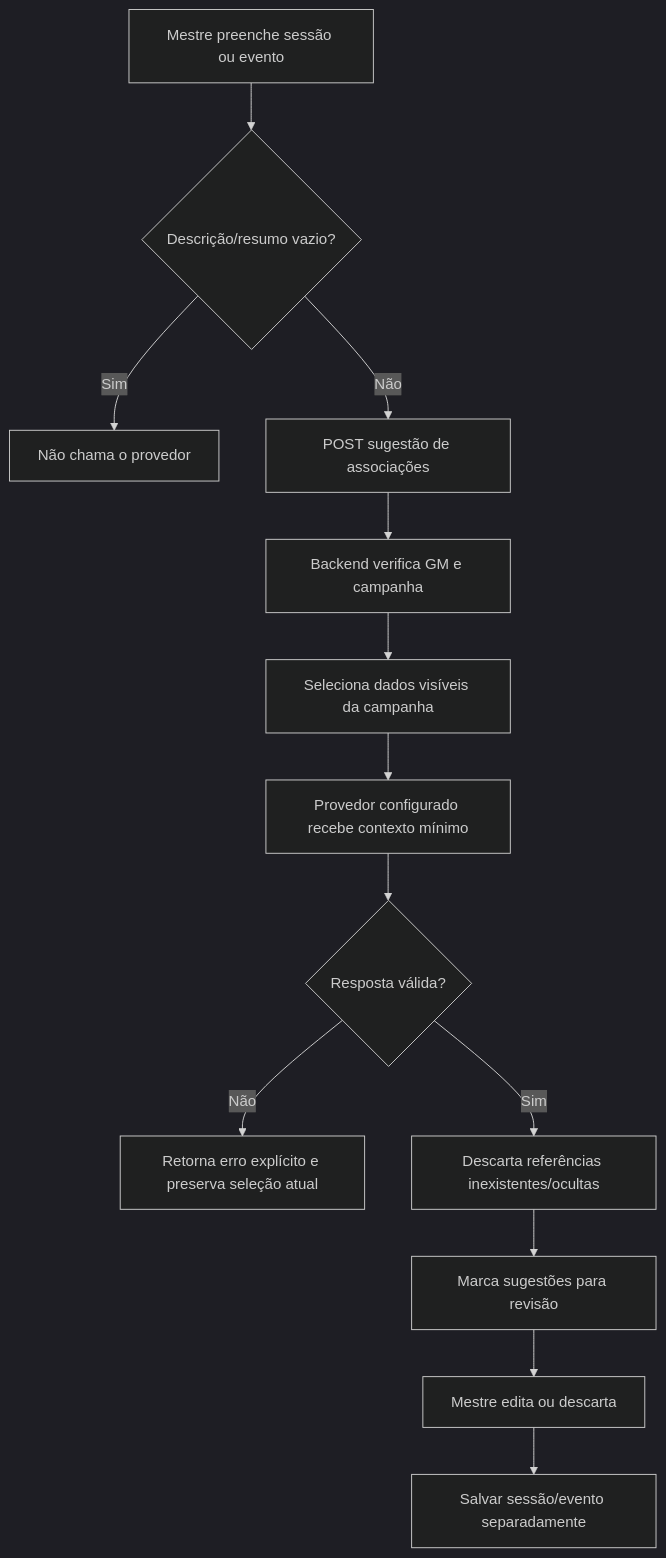
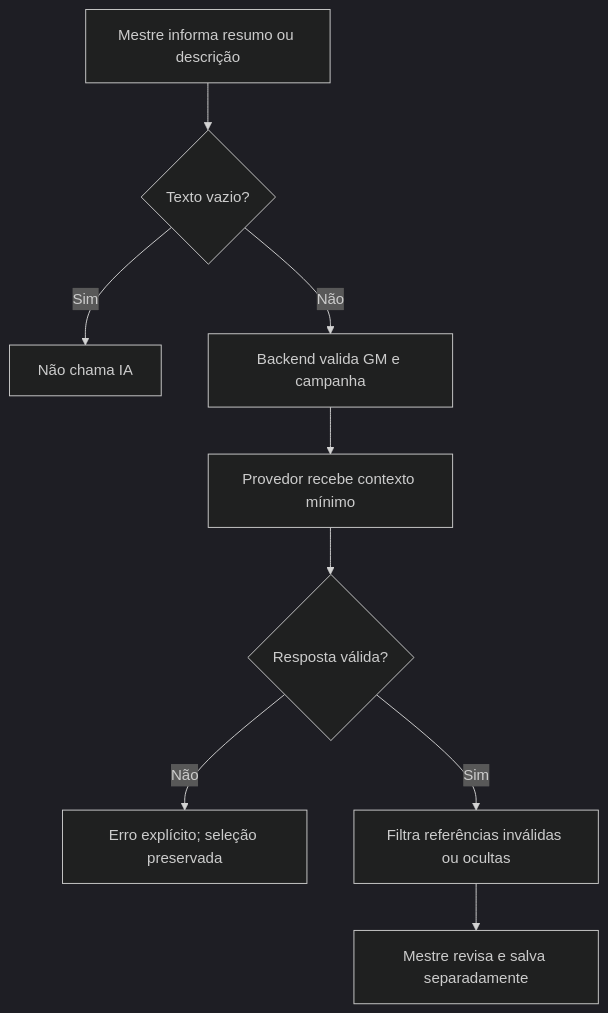
The sixth of 15 diagrams in docs/flows.md (ricardopiloto/interactive-map), drawn with Mermaid (dark theme) before and after one commit. The commit also changed other lines of this file and 19 other files, not shown here.

````diff
--- a/docs/flows.md
+++ b/docs/flows.md
@@ -44,15 +98,11 @@
 ```mermaid
 flowchart TD
-  A[Mestre preenche sessão ou evento] --> B{Descrição/resumo vazio?}
-  B -- Sim --> C[Não chama o provedor]
-  B -- Não --> D[POST sugestão de associações]
-  D --> E[Backend verifica GM e campanha]
-  E --> F[Seleciona dados visíveis da campanha]
-  F --> G[Provedor configurado recebe contexto mínimo]
-  G --> H{Resposta válida?}
-  H -- Não --> I[Retorna erro explícito e preserva seleção atual]
-  H -- Sim --> J[Descarta referências inexistentes/ocultas]
-  J --> K[Marca sugestões para revisão]
-  K --> L[Mestre edita ou descarta]
-  L --> M[Salvar sessão/evento separadamente]
+  A[Mestre informa resumo ou descrição] --> B{Texto vazio?}
+  B -- Sim --> C[Não chama IA]
+  B -- Não --> D[Backend valida GM e campanha]
+  D --> E[Provedor recebe contexto mínimo]
+  E --> F{Resposta válida?}
+  F -- Não --> G[Erro explícito; seleção preservada]
+  F -- Sim --> H[Filtra referências inválidas ou ocultas]
+  H --> I[Mestre revisa e salva separadamente]
 ```
````
